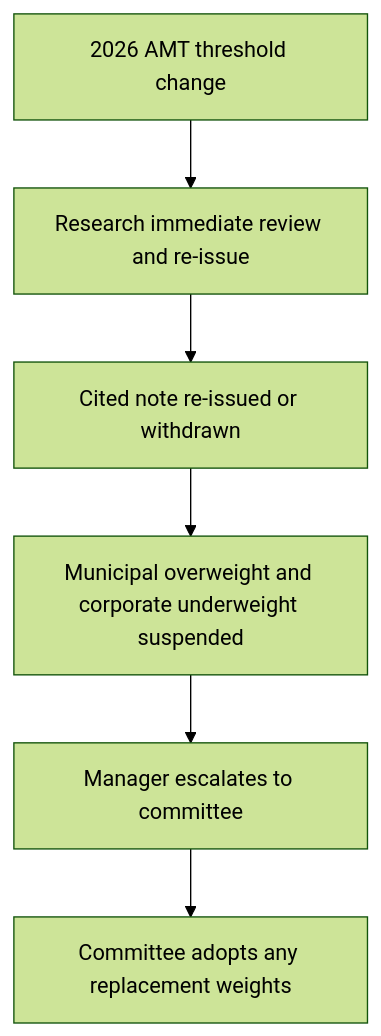
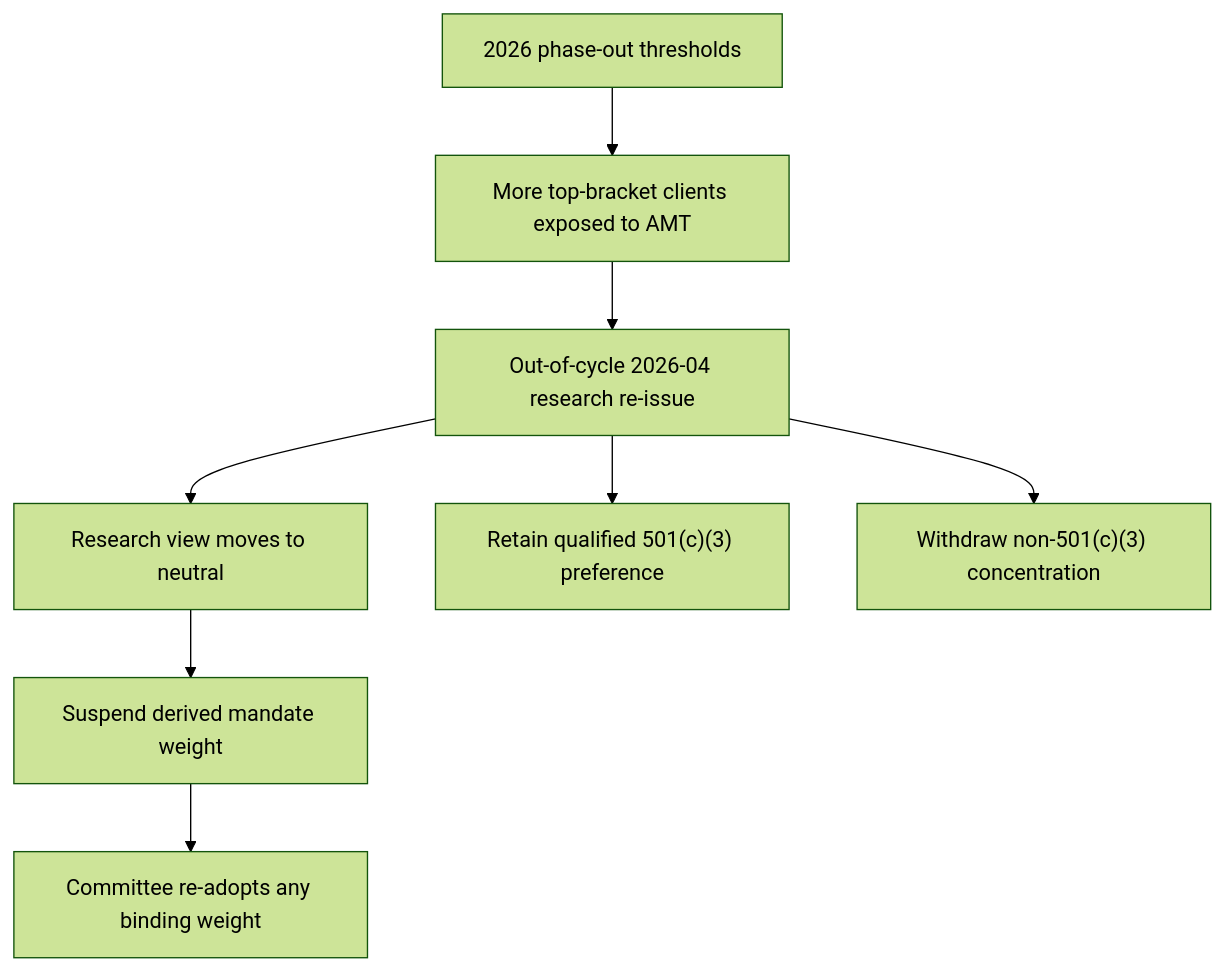
Before and after one commit to xuro-langchain/wealth-research-corpus: the diagram in openwiki/regulatory/municipal-amt-thresholds.md, drawn with Mermaid (forest theme). The commit also changed other lines of this file and 17 other files, not shown here.

````diff
--- a/openwiki/regulatory/municipal-amt-thresholds.md
+++ b/openwiki/regulatory/municipal-amt-thresholds.md
@@ -49,8 +49,10 @@
 ```mermaid
 flowchart TD
-    A["2026 AMT threshold change"] --> B["Research immediate review and re-issue"]
-    B --> C["Cited note re-issued or withdrawn"]
-    C --> D["Municipal overweight and corporate underweight suspended"]
-    D --> E["Manager escalates to committee"]
-    E --> F["Committee adopts any replacement weights"]
+    Threshold["2026 phase-out thresholds"] --> Exposure["More top-bracket clients exposed to AMT"]
+    Exposure --> Reissue["Out-of-cycle 2026-04 research re-issue"]
+    Reissue --> Neutral["Research view moves to neutral"]
+    Reissue --> Qualified["Retain qualified 501(c)(3) preference"]
+    Reissue --> Withdraw["Withdraw non-501(c)(3) concentration"]
+    Neutral --> Suspend["Suspend derived mandate weight"]
+    Suspend --> Committee["Committee re-adopts any binding weight"]
 ```
````
